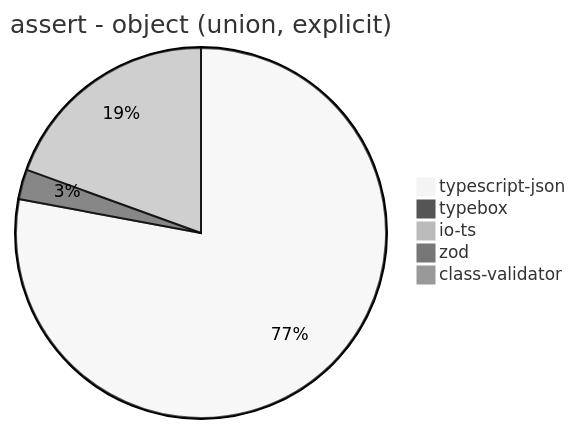
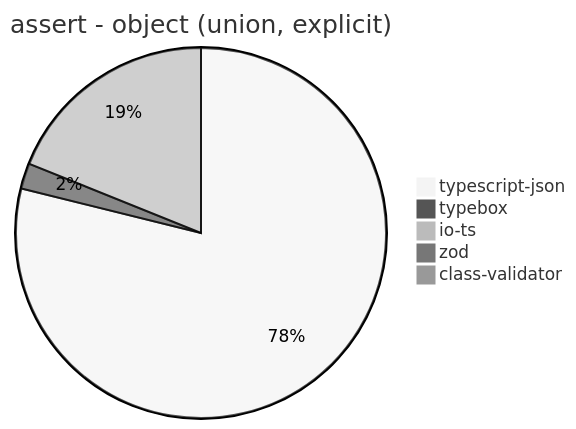
Diagram 11 of 39 in benchmark/results/AMD Ryzen 9 5900HX with Radeon Graphics.md (samchon/typia), drawn with Mermaid (neutral theme) before and after one commit. The commit also changed other lines of this file and 3 other files, not shown here.

````diff
--- a/benchmark/results/AMD Ryzen 9 5900HX with Radeon Graphics.md
+++ b/benchmark/results/AMD Ryzen 9 5900HX with Radeon Graphics.md
@@ -146,8 +146,8 @@
 ```mermaid
 pie title assert - object (union, explicit)
-  "typescript-json": 5302.40427426536
-  "typebox": 177.13004484304932
-  "io-ts": 1324.2251971391893
-  "zod": 35.89177250138045
-  "class-validator": 18.17180616740088
+  "typescript-json": 5436.65324057122
+  "typebox": 153.33098343320407
+  "io-ts": 1302.9570392412127
+  "zod": 37.04400150432494
+  "class-validator": 17.801998183469575
 ```
````
